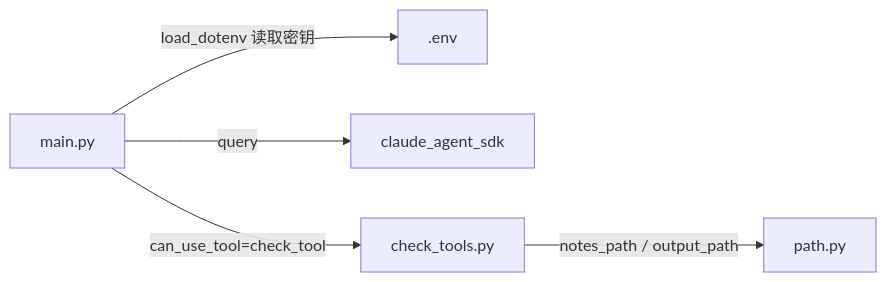
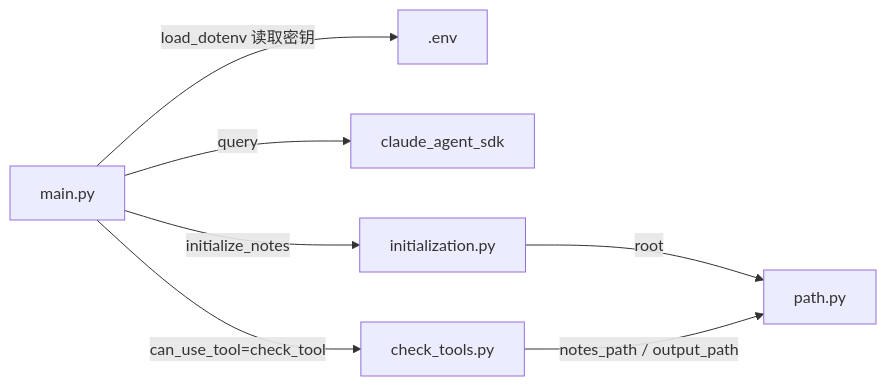
One commit to Andiey-126/ResearchAgent changed the diagram in _learning/project_tree.md. Above: the diagram before and after it, drawn with Mermaid. The commit also changed other lines of this file and 1 other file, not shown here.

Commit message:
Record git upload and initialization in learning docs

````diff
--- a/_learning/project_tree.md
+++ b/_learning/project_tree.md
@@ -64,7 +65,9 @@
 ```mermaid
 graph LR
     main["main.py"] -->|load_dotenv 读取密钥| env[".env"]
     main -->|query| sdk["claude_agent_sdk"]
+    main -->|initialize_notes| init["initialization.py"]
+    init -->|root| path["path.py"]
     main -->|can_use_tool=check_tool| check["check_tools.py"]
     check -->|notes_path / output_path| path["path.py"]
 ```
````
